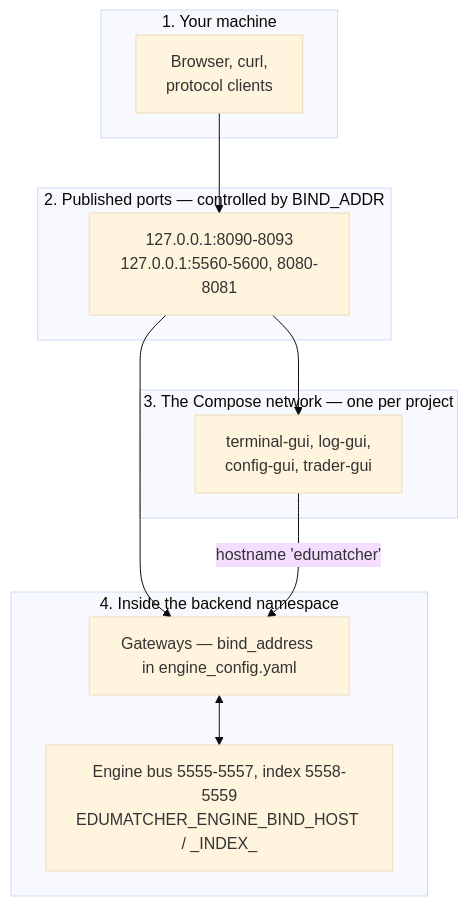
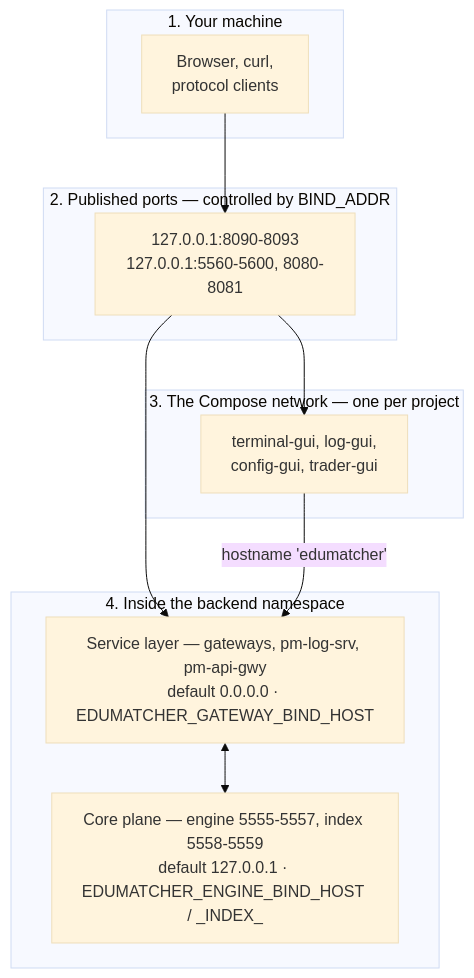
The third of 8 diagrams in docs/developer/07-container-and-networks.md (johan162/EduMatcher), drawn with Mermaid (base theme) before and after one commit. The commit also changed other lines of this file and 48 other files, not shown here.

Commit message:
feat(gwy): use bind 0.0.0.0 for all gateways instead of 127.0.0.1. This will remove the need for a rewrite in the entrypoint that we currently use

````diff
--- a/docs/developer/07-container-and-networks.md
+++ b/docs/developer/07-container-and-networks.md
@@ -175,22 +181,22 @@
 ```mermaid
 flowchart TB
     subgraph L1["1. Your machine"]
         BR["Browser, curl,\nprotocol clients"]
     end
     subgraph L2["2. Published ports — controlled by BIND_ADDR"]
         P["127.0.0.1:8090-8093\n127.0.0.1:5560-5600, 8080-8081"]
     end
     subgraph L3["3. The Compose network — one per project"]
         G["terminal-gui, log-gui,\nconfig-gui, trader-gui"]
     end
     subgraph L4["4. Inside the backend namespace"]
-        GW["Gateways — bind_address in engine_config.yaml"]
-        BUS["Engine bus 5555-5557, index 5558-5559\nEDUMATCHER_ENGINE_BIND_HOST / _INDEX_"]
+        GW["Service layer — gateways, pm-log-srv, pm-api-gwy\ndefault 0.0.0.0 · EDUMATCHER_GATEWAY_BIND_HOST"]
+        BUS["Core plane — engine 5555-5557, index 5558-5559\ndefault 127.0.0.1 · EDUMATCHER_ENGINE_BIND_HOST / _INDEX_"]
     end
 
     BR --> P
     P --> G
     P --> GW
     G -->|"hostname 'edumatcher'"| GW
     GW <--> BUS
 ```
````
